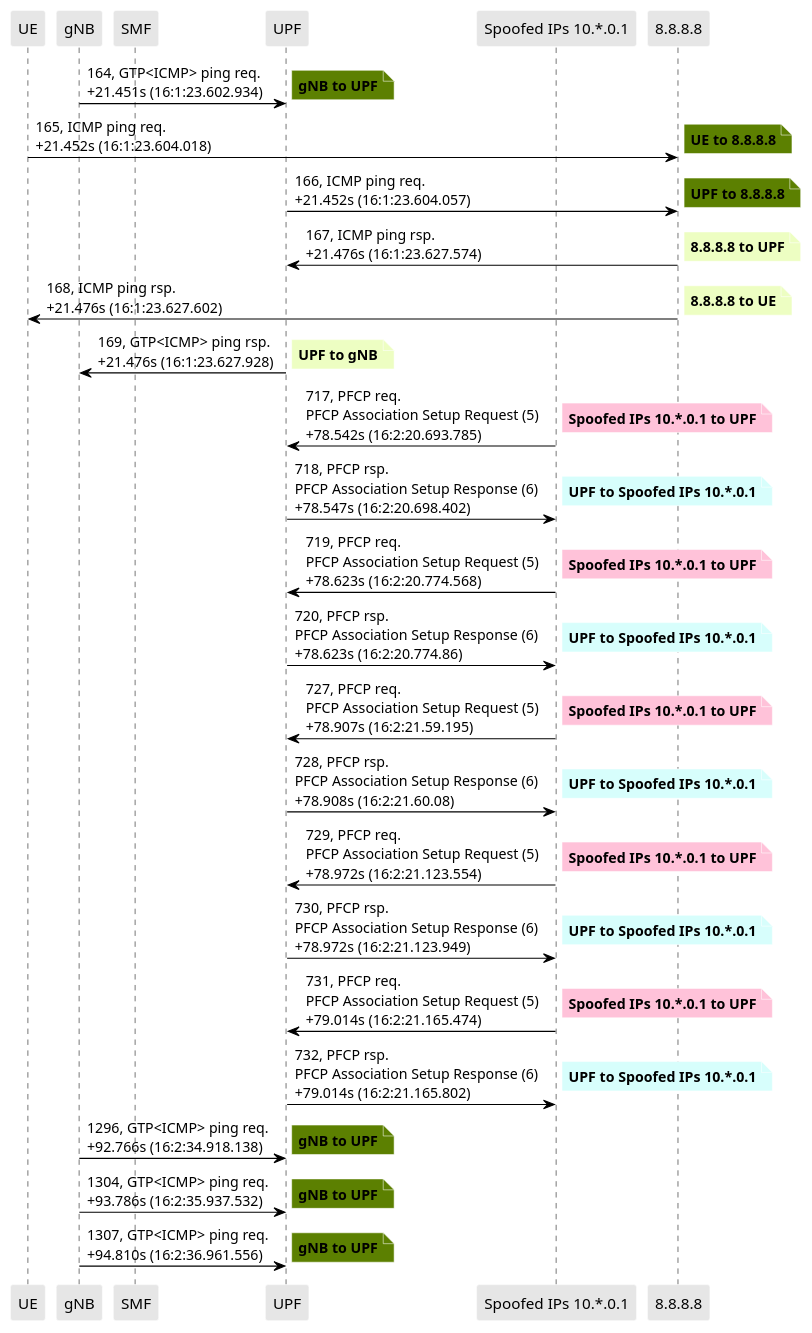
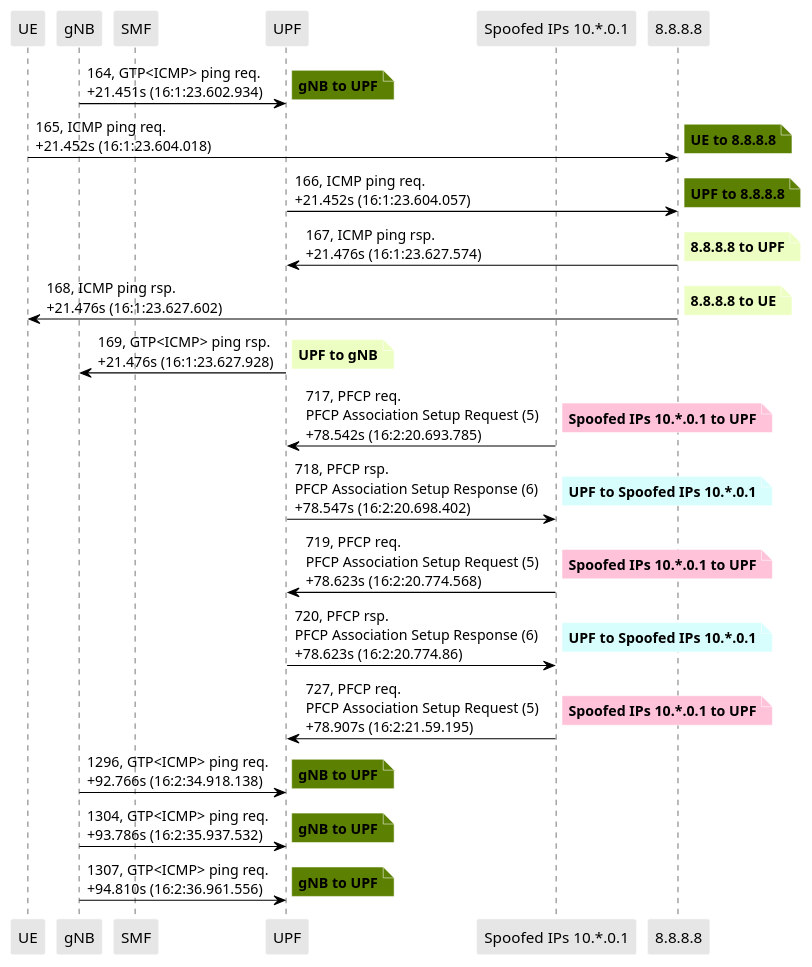
The diagram in PCAPS/Core/flood_attack_edited.puml (lilyhuegerich/5G), drawn with PlantUML before and after one commit. The commit also changed 11 other files, not shown here.

```diff
--- a/PCAPS/Core/flood_attack_edited.puml
+++ b/PCAPS/Core/flood_attack_edited.puml
@@ -1,131 +1,101 @@
 @startuml
 skinparam shadowing false
 skinparam NoteBorderColor white
 skinparam sequence {
     ArrowColor black
     LifeLineBorderColor black
     LifeLineBackgroundColor black
     ParticipantBorderColor white
     ParticipantBackgroundColor #e6e6e6
 }
 participant "UE"
 participant "gNB"
 participant "SMF"
 participant "UPF"
 participant "Spoofed IPs 10.*.0.1"
 
 
 "gNB" -> "UPF": 164, GTP<ICMP> ping req.\n+21.451s (16:1:23.602.934)
 
 note right #5C8001
 **gNB to UPF**
 end note
 
 "UE" -> "8.8.8.8": 165, ICMP ping req.\n+21.452s (16:1:23.604.018)
 
 note right #5C8001
 **UE to 8.8.8.8**
 end note
 
 "UPF" -> "8.8.8.8": 166, ICMP ping req.\n+21.452s (16:1:23.604.057)
 
 note right #5C8001
 **UPF to 8.8.8.8**
 end note
 
 "8.8.8.8" -> "UPF": 167, ICMP ping rsp.\n+21.476s (16:1:23.627.574)
 
 note right #EDFEC2
 **8.8.8.8 to UPF**
 end note
 
 "8.8.8.8" -> "UE": 168, ICMP ping rsp.\n+21.476s (16:1:23.627.602)
 
 note right #EDFEC2
 **8.8.8.8 to UE**
 end note
 
 "UPF" -> "gNB": 169, GTP<ICMP> ping rsp.\n+21.476s (16:1:23.627.928)
 
 note right #EDFEC2
 **UPF to gNB**
 end note
 "Spoofed IPs 10.*.0.1" -> "UPF": 717, PFCP req.\nPFCP Association Setup Request (5)\n+78.542s (16:2:20.693.785)
 
 note right #FFC2D9
 **Spoofed IPs 10.*.0.1 to UPF**
 end note
 
 "UPF" -> "Spoofed IPs 10.*.0.1": 718, PFCP rsp.\nPFCP Association Setup Response (6)\n+78.547s (16:2:20.698.402)
 
 note right #D7FEFC
 **UPF to Spoofed IPs 10.*.0.1**
 end note
 
 "Spoofed IPs 10.*.0.1" -> "UPF": 719, PFCP req.\nPFCP Association Setup Request (5)\n+78.623s (16:2:20.774.568)
 
 note right #FFC2D9
 **Spoofed IPs 10.*.0.1 to UPF**
 end note
 
 "UPF" -> "Spoofed IPs 10.*.0.1": 720, PFCP rsp.\nPFCP Association Setup Response (6)\n+78.623s (16:2:20.774.86)
 
 note right #D7FEFC
 **UPF to Spoofed IPs 10.*.0.1**
 end note
 
 "Spoofed IPs 10.*.0.1" -> "UPF": 727, PFCP req.\nPFCP Association Setup Request (5)\n+78.907s (16:2:21.59.195)
 
 note right #FFC2D9
 **Spoofed IPs 10.*.0.1 to UPF**
 end note
 
-"UPF" -> "Spoofed IPs 10.*.0.1": 728, PFCP rsp.\nPFCP Association Setup Response (6)\n+78.908s (16:2:21.60.08)
-
-note right #D7FEFC
-**UPF to Spoofed IPs 10.*.0.1**
-end note
-
-"Spoofed IPs 10.*.0.1" -> "UPF": 729, PFCP req.\nPFCP Association Setup Request (5)\n+78.972s (16:2:21.123.554)
-
-note right #FFC2D9
-**Spoofed IPs 10.*.0.1 to UPF**
-end note
-
-"UPF" -> "Spoofed IPs 10.*.0.1": 730, PFCP rsp.\nPFCP Association Setup Response (6)\n+78.972s (16:2:21.123.949)
-
-note right #D7FEFC
-**UPF to Spoofed IPs 10.*.0.1**
-end note
-
-"Spoofed IPs 10.*.0.1" -> "UPF": 731, PFCP req.\nPFCP Association Setup Request (5)\n+79.014s (16:2:21.165.474)
-
-note right #FFC2D9
-**Spoofed IPs 10.*.0.1 to UPF**
-end note
-
-"UPF" -> "Spoofed IPs 10.*.0.1": 732, PFCP rsp.\nPFCP Association Setup Response (6)\n+79.014s (16:2:21.165.802)
-
-note right #D7FEFC
-**UPF to Spoofed IPs 10.*.0.1**
-end note
-
 "gNB" -> "UPF": 1296, GTP<ICMP> ping req.\n+92.766s (16:2:34.918.138)
 
 note right #5C8001
 **gNB to UPF**
 end note
 
 "gNB" -> "UPF": 1304, GTP<ICMP> ping req.\n+93.786s (16:2:35.937.532)
 
 note right #5C8001
 **gNB to UPF**
 end note
 
 "gNB" -> "UPF": 1307, GTP<ICMP> ping req.\n+94.810s (16:2:36.961.556)
 
 note right #5C8001
 **gNB to UPF**
 end note
 
 @enduml
```
